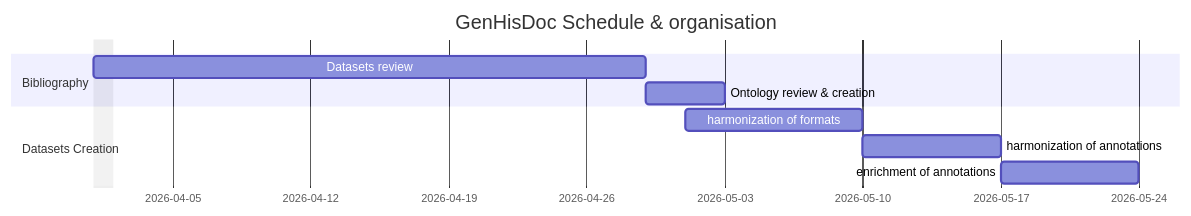
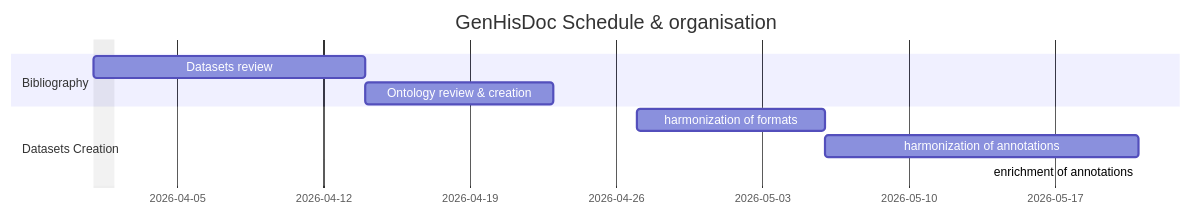
The diagram in README.md (Anarchiviste/GenHisDoc_Lab), drawn with Mermaid before and after one commit.

````diff
--- a/README.md
+++ b/README.md
@@ -59,15 +59,15 @@
 ```mermaid
 gantt
     title GenHisDoc Schedule & organisation
     dateformat yyyy-mm-dd
     excludes 2026-04-01,2026-07-01
 
     section Bibliography
-        Datasets review   :a1, 2026-04-01, 28d
-        Ontology review & creation    :after a1, 4d
+        Datasets review   :a1, 2026-04-01, 13d
+        Ontology review & creation    :after a1, 9d
 
     section Datasets Creation
-        harmonization of formats :b1, 2026-05-01, 9d
-        harmonization of annotations :b2, after b1, 7d
-        enrichment of annotations :after b2, 7d
+        harmonization of formats :b1, 2026-04-27, 9d
+        harmonization of annotations :b2, after b1, 15d
+        enrichment of annotations :after b2,
 ```
````
